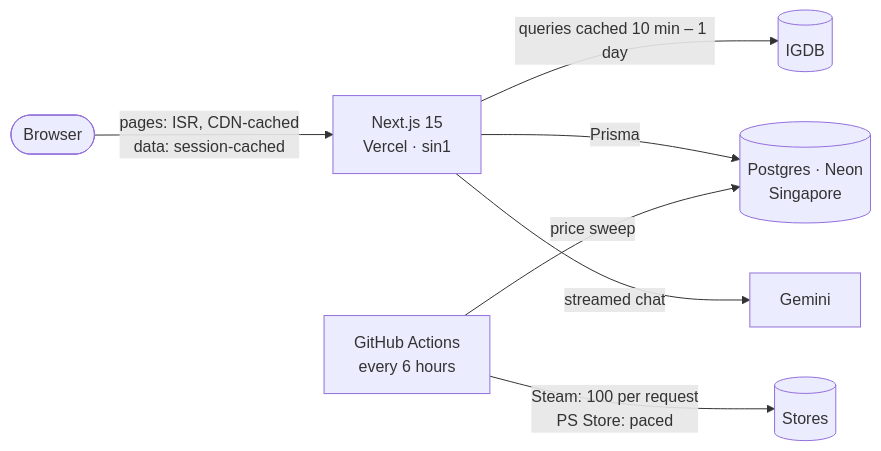
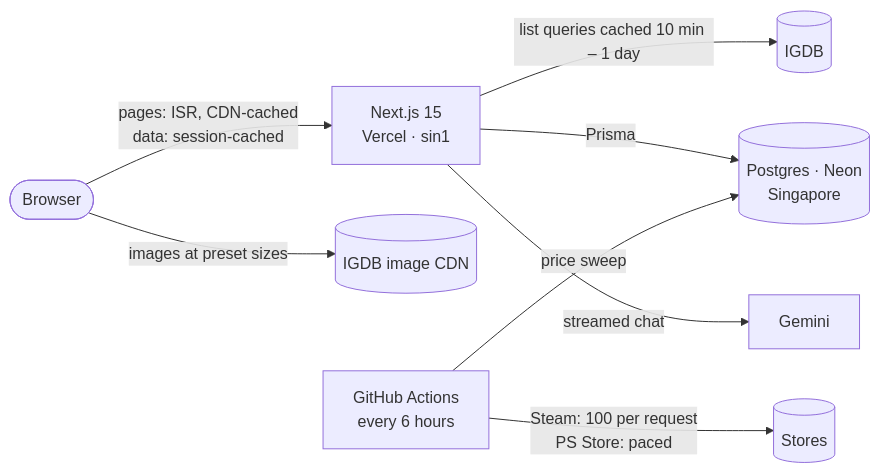
Before and after one commit to harshthakkr/game-hub: the diagram in README.md, drawn with Mermaid. The commit also changed other lines of this file, not shown here.

First line of the commit message:
docs: README reflects the caching, image and crawler changes

````diff
--- a/README.md
+++ b/README.md
@@ -117,9 +117,10 @@
 ```mermaid
 flowchart LR
   U([Browser]) -->|"pages: ISR, CDN-cached<br/>data: session-cached"| V["Next.js 15<br/>Vercel · sin1"]
-  V -->|"queries cached 10 min – 1 day"| I[(IGDB)]
+  U -->|"images at preset sizes"| C[(IGDB image CDN)]
+  V -->|"list queries cached 10 min – 1 day"| I[(IGDB)]
   V -->|"Prisma"| D[("Postgres · Neon<br/>Singapore")]
   V -->|"streamed chat"| G[Gemini]
   A["GitHub Actions<br/>every 6 hours"] -->|"price sweep"| D
   A -->|"Steam: 100 per request<br/>PS Store: paced"| S[(Stores)]
 ```
````
